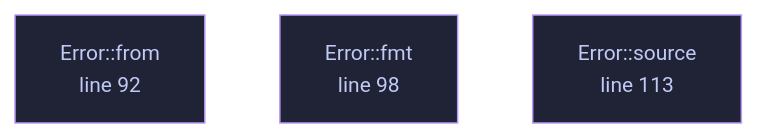
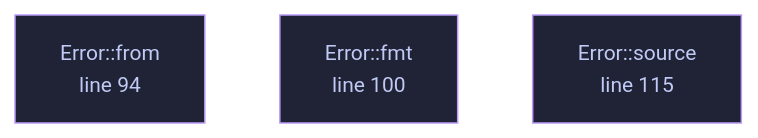
Before and after one commit to tilas01/veilvoice: the diagram in wiki/File-veilvoice-conversation-lib.md, drawn with Mermaid. The commit also changed other lines of this file and 43 other files, not shown here.

````diff
--- a/wiki/File-veilvoice-conversation-lib.md
+++ b/wiki/File-veilvoice-conversation-lib.md
@@ -77,12 +78,12 @@
 ```mermaid
 %%{init: {"theme":"base","themeVariables":{"background":"#1a1b26","primaryColor":"#1f2335","primaryTextColor":"#c0caf5","primaryBorderColor":"#7aa2f7","secondaryColor":"#16161e","tertiaryColor":"#16161e","lineColor":"#737aa2","textColor":"#c0caf5","mainBkg":"#1f2335","nodeBorder":"#7aa2f7","clusterBkg":"#16161e","clusterBorder":"#2f3549","fontFamily":"ui-monospace, SFMono-Regular, Consolas, monospace","fontSize":"14px"}}}%%
 flowchart TD
-    n_from["Error::from<br/>line 92"]
-    n_fmt["Error::fmt<br/>line 98"]
-    n_source["Error::source<br/>line 113"]
-    click n_from href "https://github.com/tilas01/veilvoice/blob/main/crates/veilvoice-conversation/src/lib.rs#L92" "open the source"
-    click n_fmt href "https://github.com/tilas01/veilvoice/blob/main/crates/veilvoice-conversation/src/lib.rs#L98" "open the source"
-    click n_source href "https://github.com/tilas01/veilvoice/blob/main/crates/veilvoice-conversation/src/lib.rs#L113" "open the source"
+    n_from["Error::from<br/>line 94"]
+    n_fmt["Error::fmt<br/>line 100"]
+    n_source["Error::source<br/>line 115"]
+    click n_from href "https://github.com/tilas01/veilvoice/blob/main/crates/veilvoice-conversation/src/lib.rs#L94" "open the source"
+    click n_fmt href "https://github.com/tilas01/veilvoice/blob/main/crates/veilvoice-conversation/src/lib.rs#L100" "open the source"
+    click n_source href "https://github.com/tilas01/veilvoice/blob/main/crates/veilvoice-conversation/src/lib.rs#L115" "open the source"
     classDef helper fill:#1f2335,stroke:#bb9af7,color:#c0caf5
     class n_from,n_fmt,n_source helper
 ```
````
